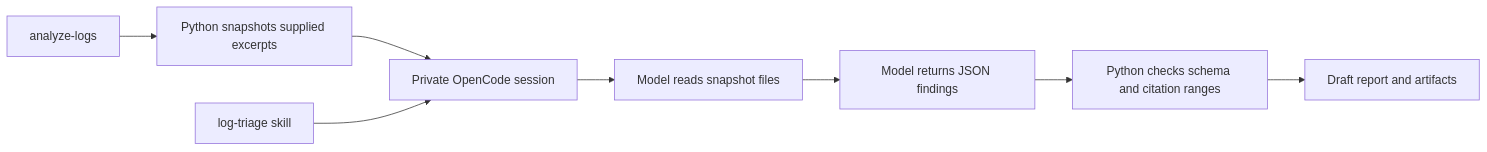
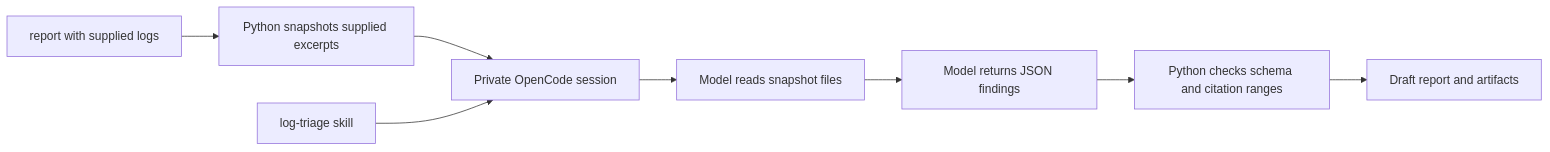
One commit to slac-lcls/daq-agent changed the diagram in docs/workflows/log-analysis.md. Above: the diagram before and after it, drawn with Mermaid. The commit also changed other lines of this file and 28 other files, not shown here.

````diff
--- a/docs/workflows/log-analysis.md
+++ b/docs/workflows/log-analysis.md
@@ -26,10 +27,10 @@
 ```mermaid
 flowchart LR
-    CLI[analyze-logs] --> Snapshot[Python snapshots supplied excerpts]
+    CLI[report with supplied logs] --> Snapshot[Python snapshots supplied excerpts]
     Snapshot --> Session[Private OpenCode session]
     Skill[log-triage skill] --> Session
     Session --> Read[Model reads snapshot files]
     Read --> JSON[Model returns JSON findings]
     JSON --> Check[Python checks schema and citation ranges]
     Check --> Output[Draft report and artifacts]
 ```
````
